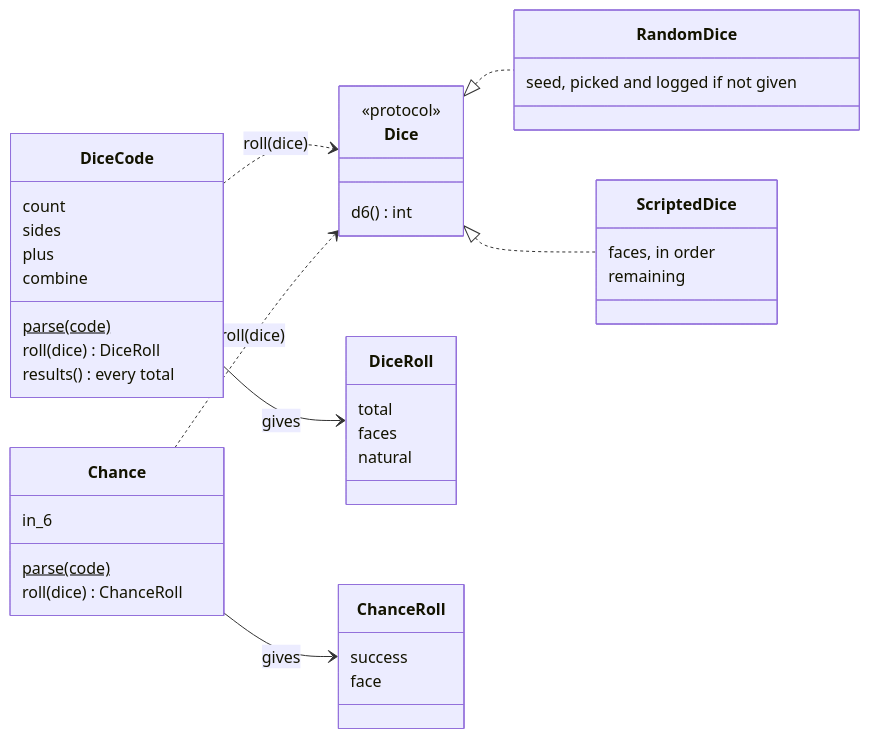
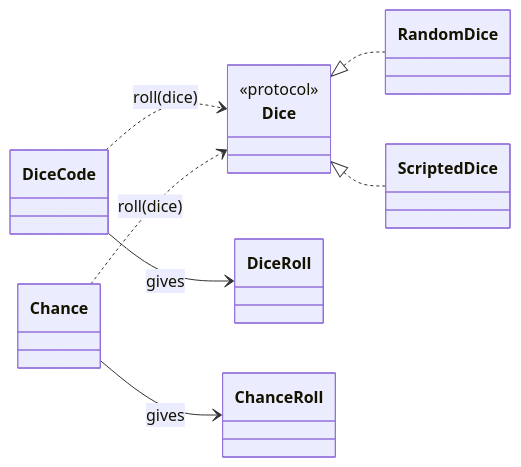
Before and after one commit to NathanChalot/AloneVsFEear: the first of 6 diagrams in docs/architecture.md, drawn with Mermaid. The commit also changed other lines of this file and 11 other files, not shown here.

````diff
--- a/docs/architecture.md
+++ b/docs/architecture.md
@@ -35,44 +35,13 @@
 ```mermaid
 classDiagram
     direction LR
     DiceCode ..> Dice : roll(dice)
     Chance ..> Dice : roll(dice)
     DiceCode --> DiceRoll : gives
     Chance --> ChanceRoll : gives
     Dice <|.. RandomDice
     Dice <|.. ScriptedDice
-    class DiceCode {
-        count
-        sides
-        plus
-        combine
-        parse(code)$
-        roll(dice) DiceRoll
-        results() every total
-    }
-    class Chance {
-        in_6
-        parse(code)$
-        roll(dice) ChanceRoll
-    }
     class Dice {
         <<protocol>>
-        d6() int
-    }
-    class RandomDice {
-        seed, picked and logged if not given
-    }
-    class ScriptedDice {
-        faces, in order
-        remaining
-    }
-    class DiceRoll {
-        total
-        faces
-        natural
-    }
-    class ChanceRoll {
-        success
-        face
     }
 ```
````
